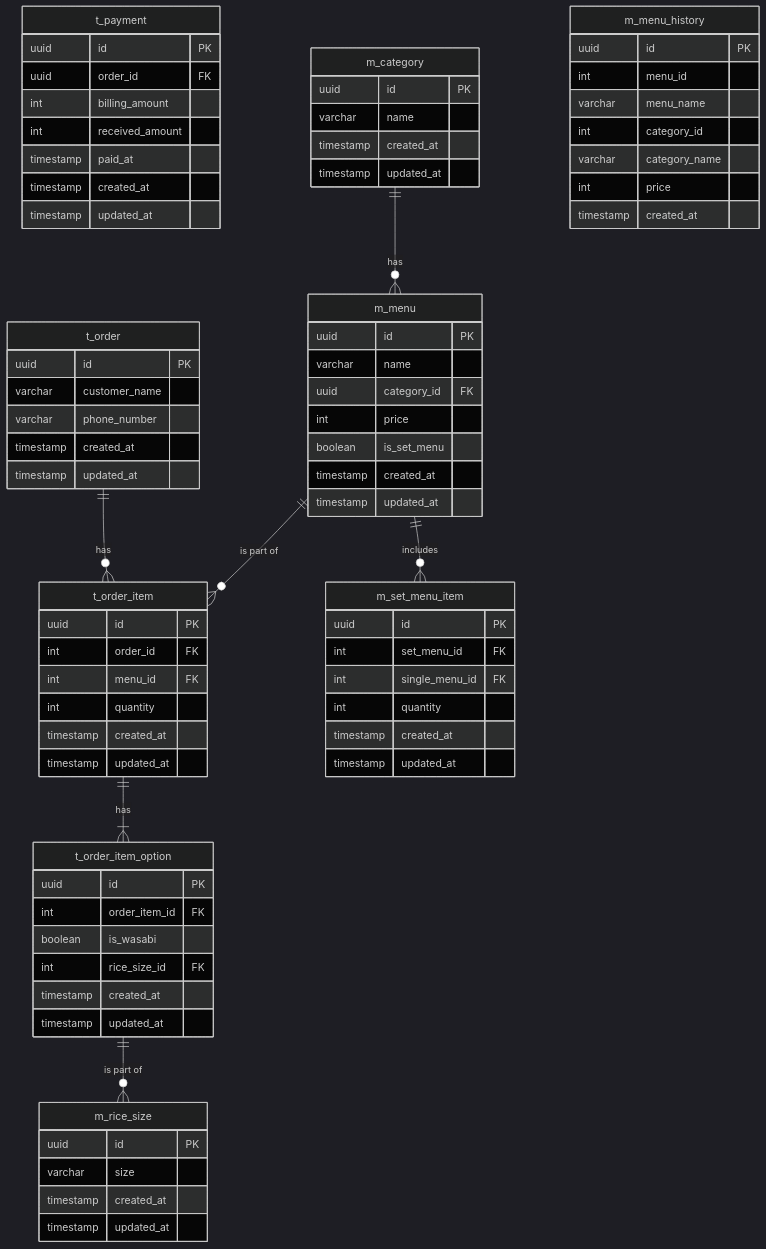
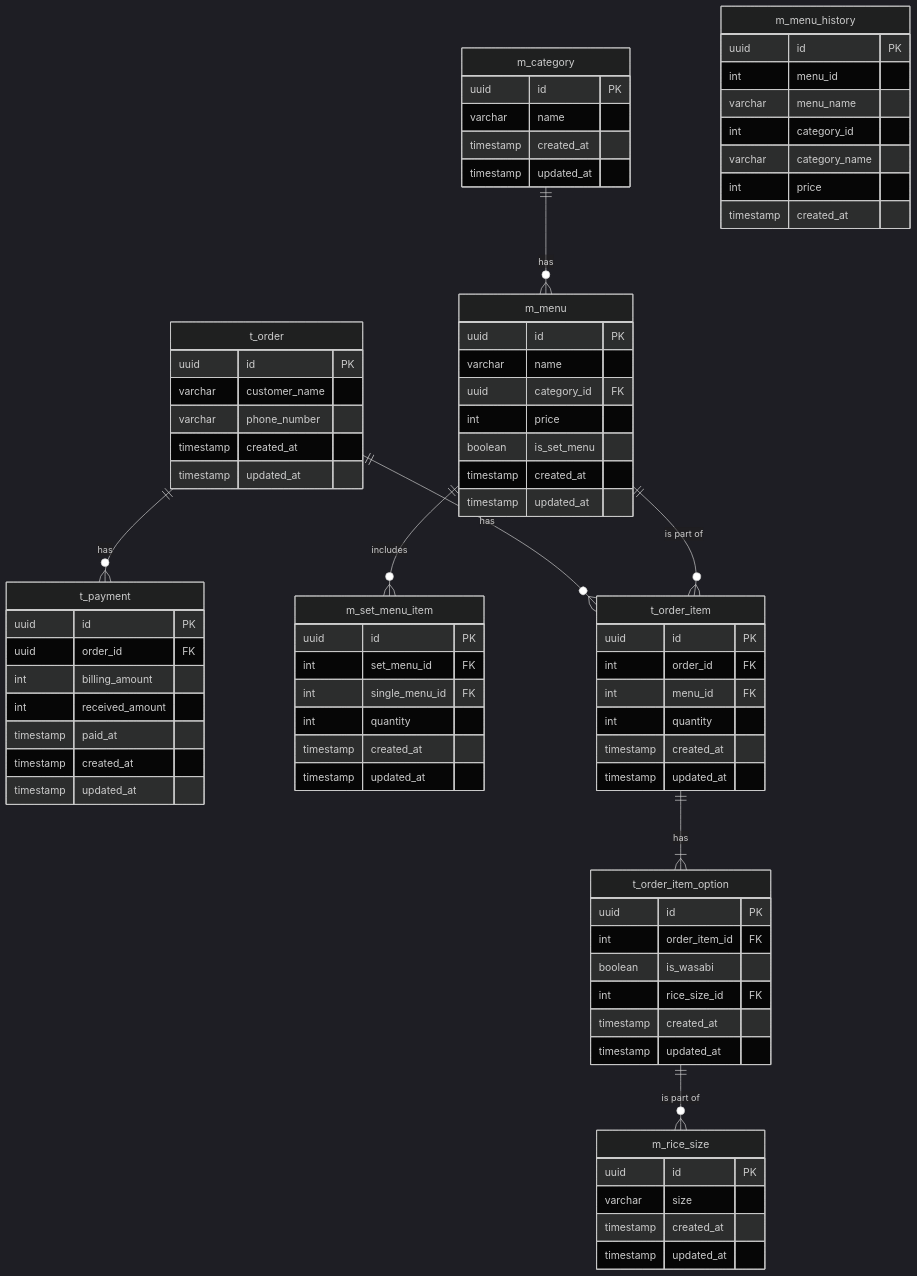
One commit to KJR020/praha-challenge changed the diagram in Database/01_modeling/課題2-3.md. Above: the diagram before and after it, drawn with Mermaid (dark theme).

Commit message:
✨ 課題2-3 t_order - t_paymentのリレーションシップが抜けていたため追加

```diff
--- a/Database/01_modeling/課題2-3.md
+++ b/Database/01_modeling/課題2-3.md
@@ -103,6 +103,7 @@
     
     %% Relationships
     t_order ||--o{ t_order_item : "has"
+    t_order ||--o{ t_payment : "has"
     t_order_item ||--|{ t_order_item_option : "has"
     t_order_item_option ||--o{ m_rice_size : "is part of"
     m_menu ||--o{ t_order_item : "is part of"
```
